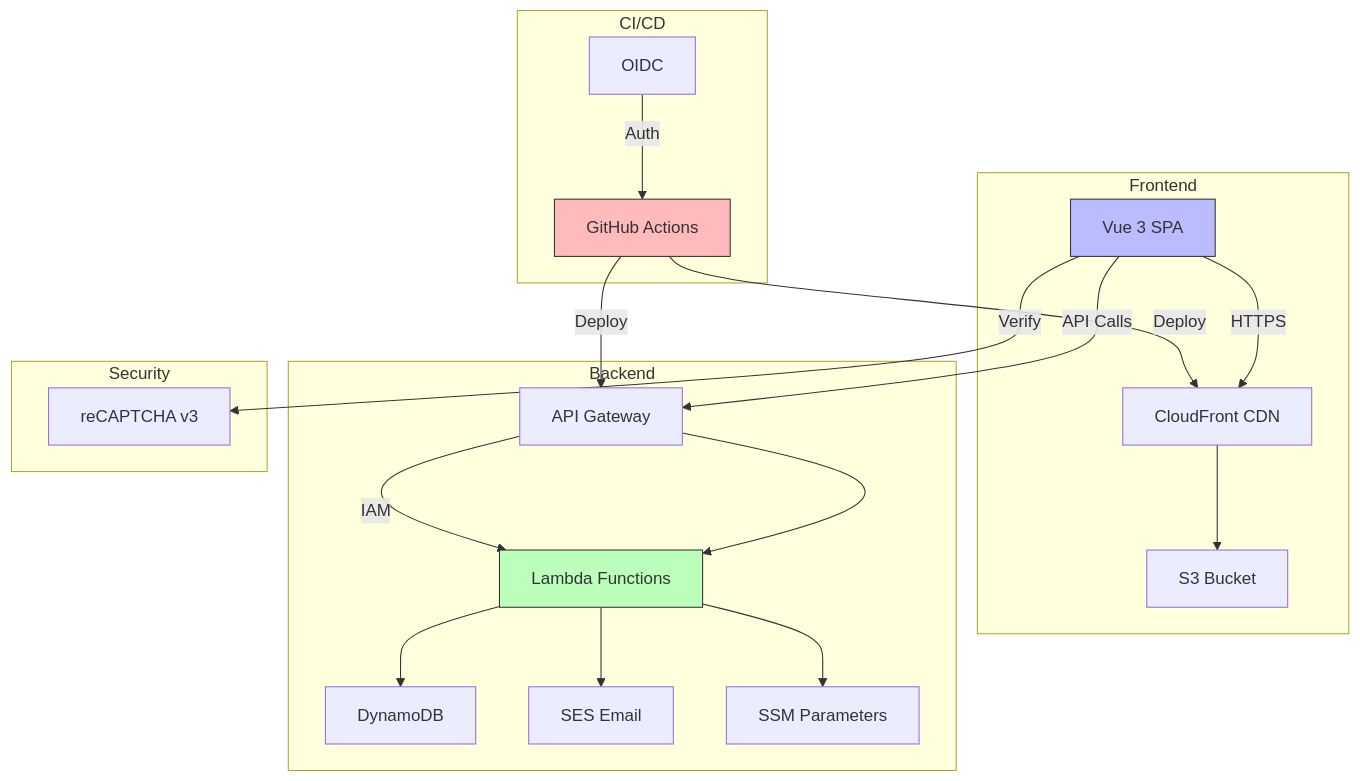
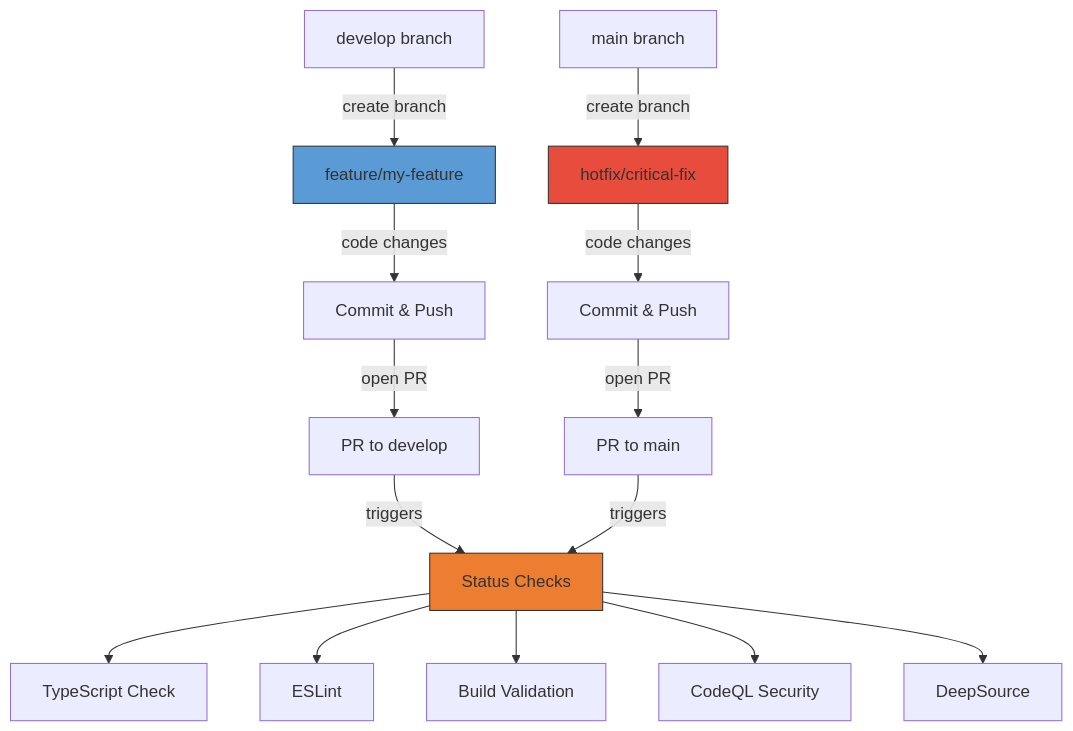
The third of 5 diagrams in README.md (mattlucian/idevelop.tech), drawn with Mermaid before and after one commit. The commit also changed other lines of this file, not shown here.

First line of the commit message:
docs: Comprehensive README redesign with visual diagrams and improved flow (#55)

````diff
--- a/README.md
+++ b/README.md
@@ -111,30 +182,24 @@
 ```mermaid
 graph TB
-    subgraph "Frontend"
-        A[Vue 3 SPA] -->|HTTPS| B[CloudFront CDN]
-        B --> C[S3 Bucket]
-    end
+    A[develop branch] -->|create branch| B[feature/my-feature]
+    C[main branch] -->|create branch| D[hotfix/critical-fix]
 
-    subgraph "Backend"
-        A -->|API Calls| D[API Gateway]
-        D --> E[Lambda Functions]
-        E --> F[DynamoDB]
-        E --> G[SES Email]
-        E --> H[SSM Parameters]
-    end
+    B -->|code changes| E[Commit & Push]
+    D -->|code changes| F[Commit & Push]
 
-    subgraph "Security"
-        A -->|Verify| I[reCAPTCHA v3]
-        D -->|IAM| E
-    end
+    E -->|open PR| G[PR to develop]
+    F -->|open PR| H[PR to main]
 
-    subgraph "CI/CD"
-        J[GitHub Actions] -->|Deploy| B
-        J -->|Deploy| D
-        K[OIDC] -->|Auth| J
-    end
+    G -->|triggers| I[Status Checks]
+    H -->|triggers| I
 
-    style A fill:#bbf,stroke:#333
-    style E fill:#bfb,stroke:#333
-    style J fill:#fbb,stroke:#333
+    I --> J[TypeScript Check]
+    I --> K[ESLint]
+    I --> L[Build Validation]
+    I --> M[CodeQL Security]
+    I --> N[DeepSource]
+
+    style B fill:#5b9bd5,stroke:#333
+    style D fill:#e74c3c,stroke:#333
+    style I fill:#ed7d31,stroke:#333
 ```
````
